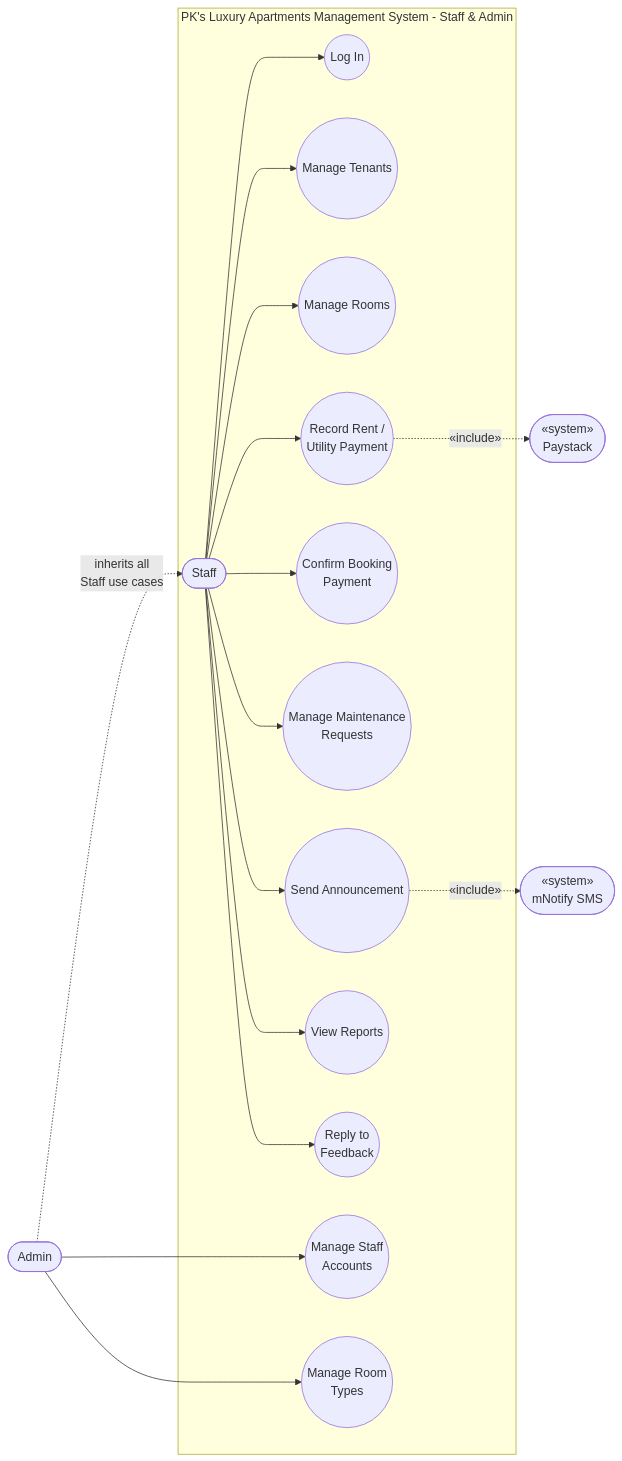
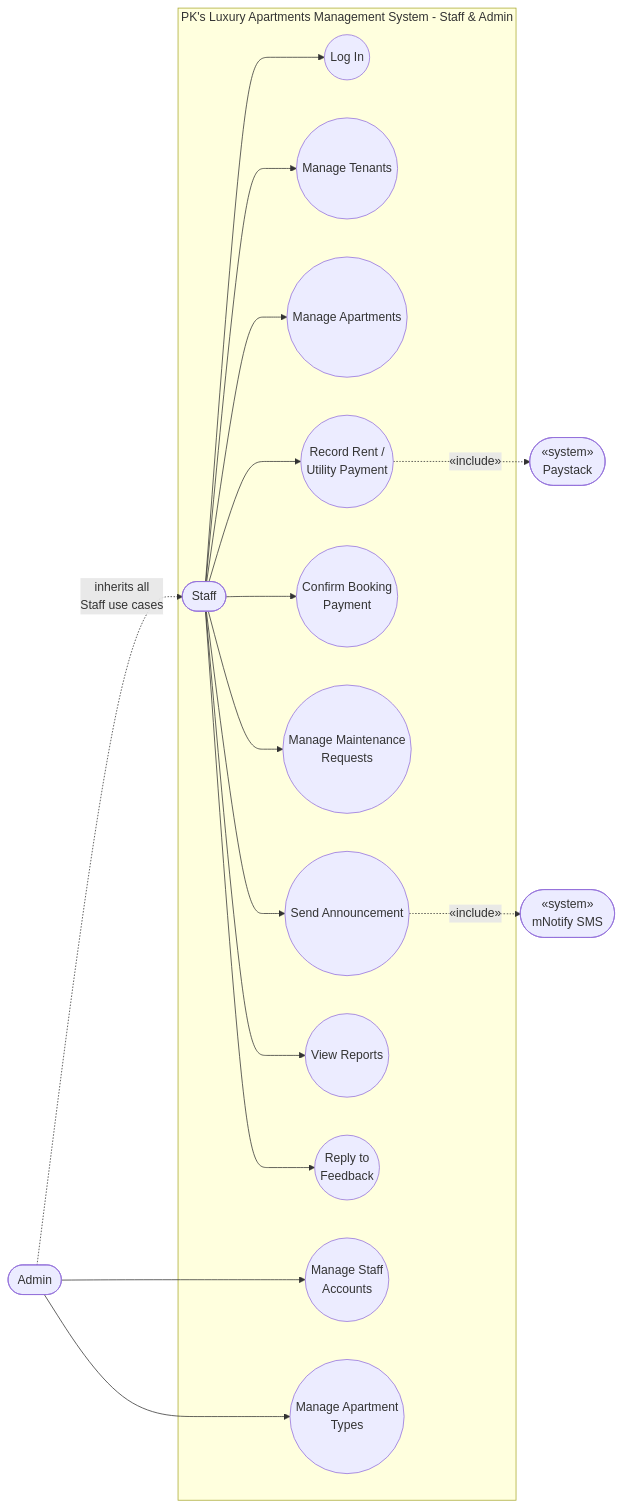
The fifth of 5 diagrams in DIAGRAMS.md (12ashongdavid/claude), drawn with Mermaid before and after one commit. The commit also changed other lines of this file and 96 other files, not shown here.

First line of the commit message:
Rename Room/Residence to Apartment throughout the app

````diff
--- a/DIAGRAMS.md
+++ b/DIAGRAMS.md
@@ -421,39 +421,39 @@
 ```mermaid
 flowchart LR
     Staff(["Staff"])
     Admin(["Admin"])
     Paystack(["«system»\nPaystack"])
     SMS(["«system»\nmNotify SMS"])
 
     Admin -. "inherits all\nStaff use cases" .-> Staff
 
     subgraph SYS2 ["PK's Luxury Apartments Management System - Staff & Admin"]
         UC14((Log In))
         UC15((Manage Tenants))
-        UC16((Manage Rooms))
+        UC16((Manage Apartments))
         UC17((Record Rent /\nUtility Payment))
         UC18((Confirm Booking\nPayment))
         UC19((Manage Maintenance\nRequests))
         UC20((Send Announcement))
         UC21((View Reports))
         UC22((Reply to\nFeedback))
         UC23((Manage Staff\nAccounts))
-        UC24((Manage Room\nTypes))
+        UC24((Manage Apartment\nTypes))
     end
 
     Staff --> UC14
     Staff --> UC15
     Staff --> UC16
     Staff --> UC17
     Staff --> UC18
     Staff --> UC19
     Staff --> UC20
     Staff --> UC21
     Staff --> UC22
 
     Admin --> UC23
     Admin --> UC24
 
     UC17 -. "«include»" .-> Paystack
     UC20 -. "«include»" .-> SMS
 ```
````
